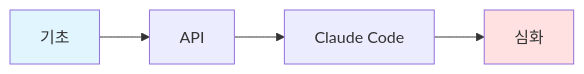
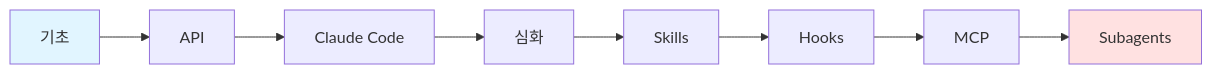
The diagram in tech/claude/README.md (adszzz11/study), drawn with Mermaid before and after one commit. The commit also changed other lines of this file and 4 other files, not shown here.

````diff
--- a/tech/claude/README.md
+++ b/tech/claude/README.md
@@ -18,9 +18,13 @@
 ```mermaid
 graph LR
     A[기초] --> B[API]
     B --> C[Claude Code]
     C --> D[심화]
+    D --> E[Skills]
+    E --> F[Hooks]
+    F --> G[MCP]
+    G --> H[Subagents]
 
     style A fill:#e1f5ff
-    style D fill:#ffe1e1
+    style H fill:#ffe1e1
 ```
````
